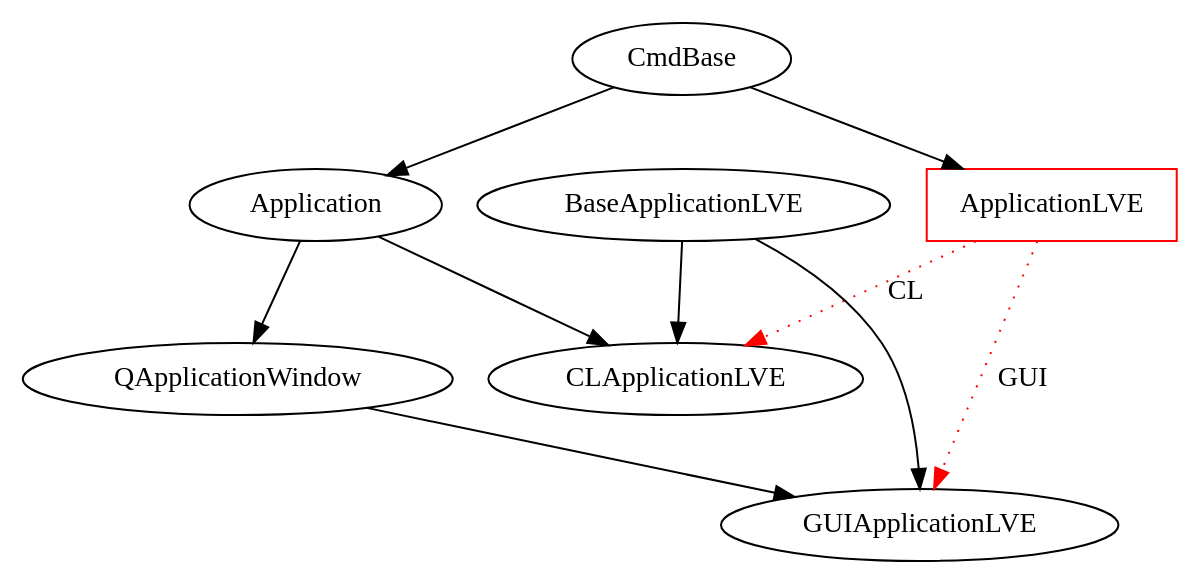
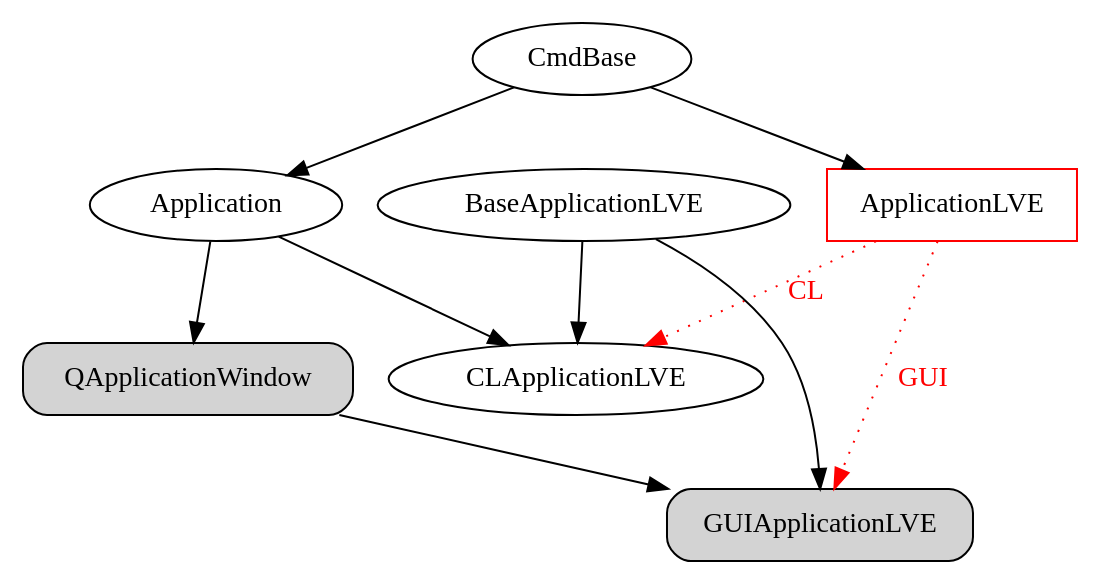
One commit to jorge-ramirez-upm/RepTate changed the second of 8 diagrams in docs/source/developers/callgraphGUI.rst. Above: the diagram before and after it, drawn with Graphviz. The commit also changed other lines of this file and 121 other files, not shown here.

Commit message:
Improved code diagrams with links. Added diagram for typical RepTate use.

```diff
--- a/docs/source/developers/callgraphGUI.rst
+++ b/docs/source/developers/callgraphGUI.rst
@@ -47,20 +67,20 @@
 .. graphviz::
 
    digraph foo {
       "CmdBase" [href="../developers/CodeCoreCL.html#cmdbase", target="_top"]
       "Application" [href="../developers/CodeCoreCL.html#application", target="_top"]
-      "QApplicationWindow" [href="../developers/CodeCoreGUI.html#qapplicationwindow", target="_top"]
-      "ApplicationLVE" [href="../developers/CodeApplications.html#RepTate.applications.ApplicationLVE.ApplicationLVE", target="_top", shape=box,color=red]
-	  "BaseApplicationLVE" [href="../developers/CodeApplications.html#RepTate.applications.ApplicationLVE.BaseApplicationLVE", target="_top"]
-	  "CLApplicationLVE" [href="../developers/CodeApplications.html#RepTate.applications.ApplicationLVE.CLApplicationLVE", target="_top"]
-	  "GUIApplicationLVE" [href="../developers/CodeApplications.html#RepTate.applications.ApplicationLVE.GUIApplicationLVE", target="_top"]
+      "QApplicationWindow" [href="../developers/CodeCoreGUI.html#qapplicationwindow", target="_top", shape="box", style="rounded,filled"]
+      "ApplicationLVE" [href="../developers/CodeApplications.html#applicationlve", target="_top", shape=box,color=red]
+	   "BaseApplicationLVE" [href="../developers/CodeApplications.html#applicationlve", target="_top"]
+	   "CLApplicationLVE" [href="../developers/CodeApplications.html#applicationlve", target="_top"]
+	   "GUIApplicationLVE" [href="../developers/CodeApplications.html#applicationlve", target="_top", shape="box", style="rounded,filled"]
       "CmdBase" -> "Application";
       "Application" -> "QApplicationWindow";
       "QApplicationWindow" -> "GUIApplicationLVE";
       "Application" -> "CLApplicationLVE";
       "BaseApplicationLVE" -> "GUIApplicationLVE";
       "BaseApplicationLVE" -> "CLApplicationLVE";
       "CmdBase" -> "ApplicationLVE"
-      "ApplicationLVE" -> "CLApplicationLVE" [style=dotted, label="CL", color=red];
-      "ApplicationLVE" -> "GUIApplicationLVE" [style=dotted, label="GUI", color=red];
+      "ApplicationLVE" -> "CLApplicationLVE" [style=dotted, label="CL", color=red, fontcolor=red];
+      "ApplicationLVE" -> "GUIApplicationLVE" [style=dotted, label="GUI", color=red, fontcolor=red];
    }
```
